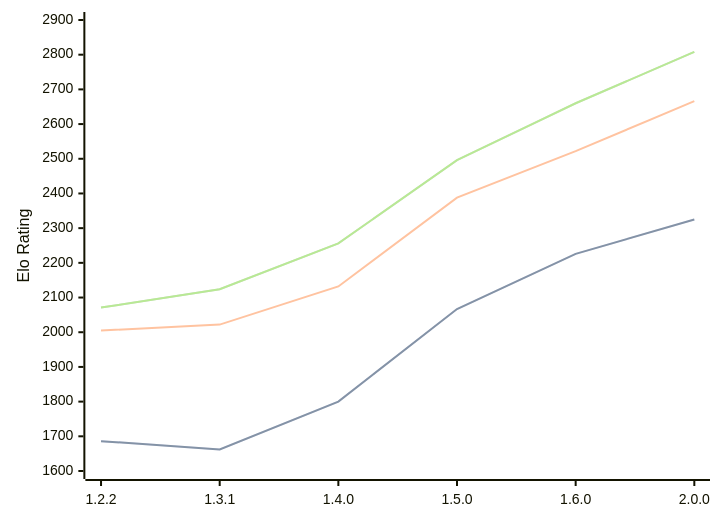
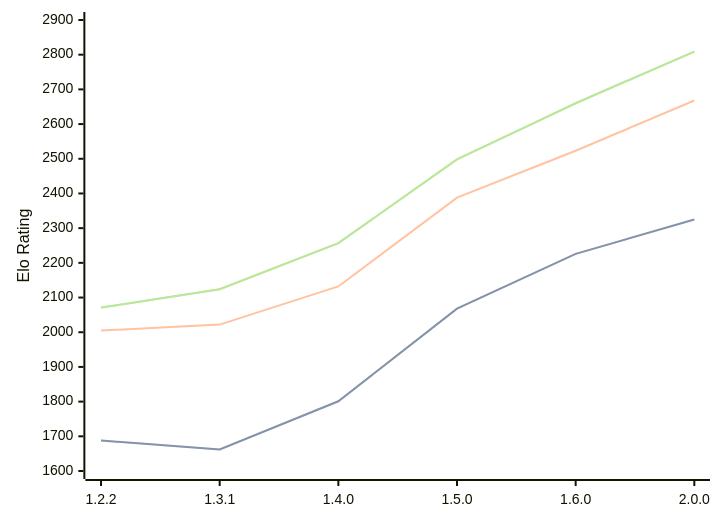
Before and after one commit to computer-chess-index/cci: the diagram in engines/SoloEngine.md, drawn with Mermaid. The commit also changed other lines of this file, not shown here.

Commit message:
Update CCI Ratings (ELO VLTC) - 2026-05-17

````diff
--- a/engines/SoloEngine.md
+++ b/engines/SoloEngine.md
@@ -37,11 +37,11 @@
 ```mermaid
 %%{init: {"theme":"base","themeVariables":{"seriesColors:['#a3a3a3','#222221','#faa371']}}}%%
 xychart-beta
   x-axis ["1.2.2", "1.3.1", "1.4.0", "1.5.0", "1.6.0", "2.0.0"]
   y-axis "Elo Rating" 1600 --> 2900
-  line "STC (8.0+0.08s)" [1686, 1662, 1800, 2067, 2226, 2325]
-  line "STC (8.0+0.08s)" [1686, 1662, 1800, 2067, 2226, 2325]
-  line "LTC (60.0+0.60s)" [2005, 2022, 2132, 2388, 2522, 2666]
-  line "VLTC (2m24s+1.12s)" [2071, 2124, 2256, 2496, 2660, 2808]
-  line "VLTC (2m24s+1.12s)" [2071, 2124, 2256, 2496, 2660, 2808]
+  line "STC (8.0+0.08s)" [1688, 1662, 1801, 2068, 2226, 2325]
+  line "STC (8.0+0.08s)" [1688, 1662, 1801, 2068, 2226, 2325]
+  line "LTC (60.0+0.60s)" [2005, 2022, 2132, 2388, 2523, 2668]
+  line "VLTC (2m24s+1.12s)" [2071, 2124, 2257, 2498, 2660, 2809]
+  line "VLTC (2m24s+1.12s)" [2071, 2124, 2257, 2498, 2660, 2809]
 ```
````
